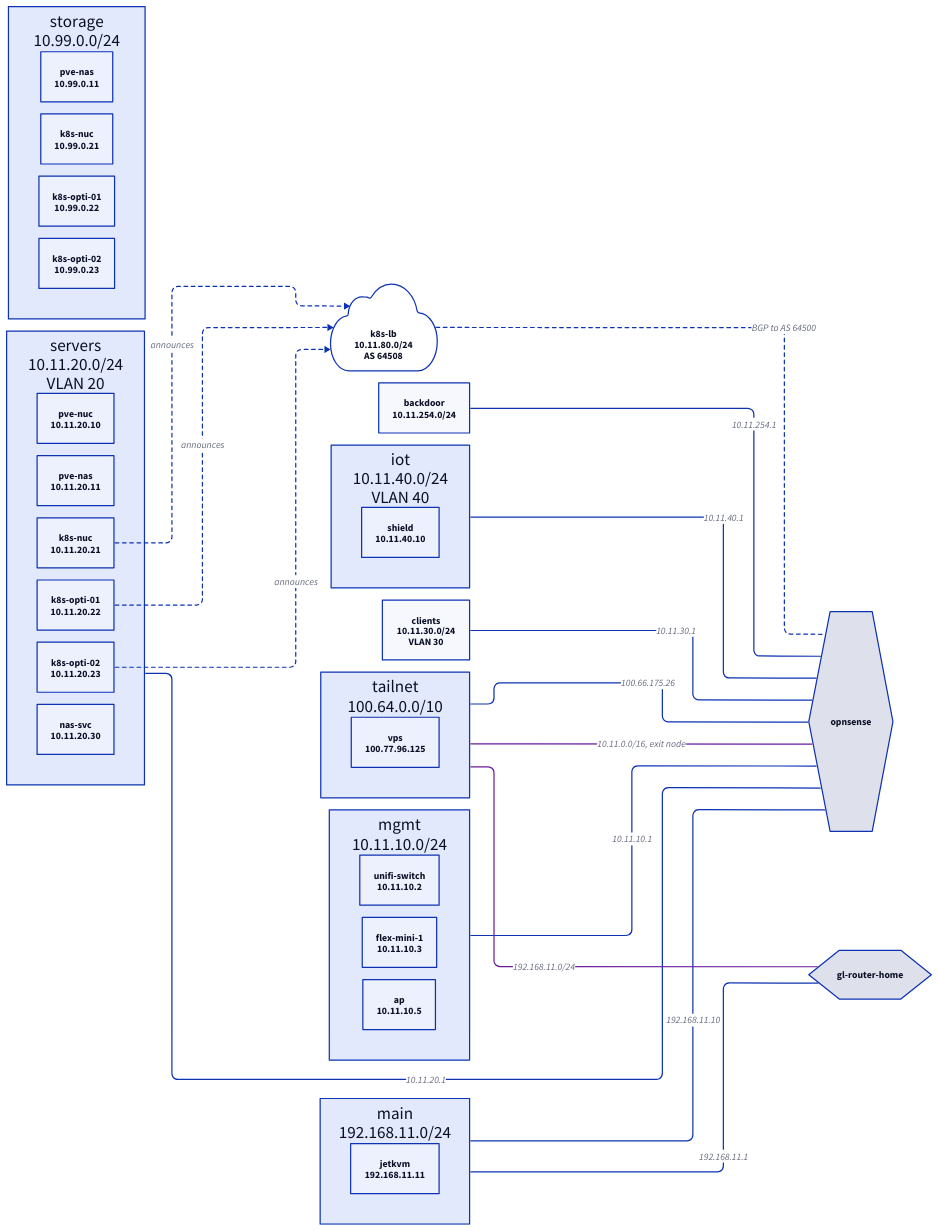
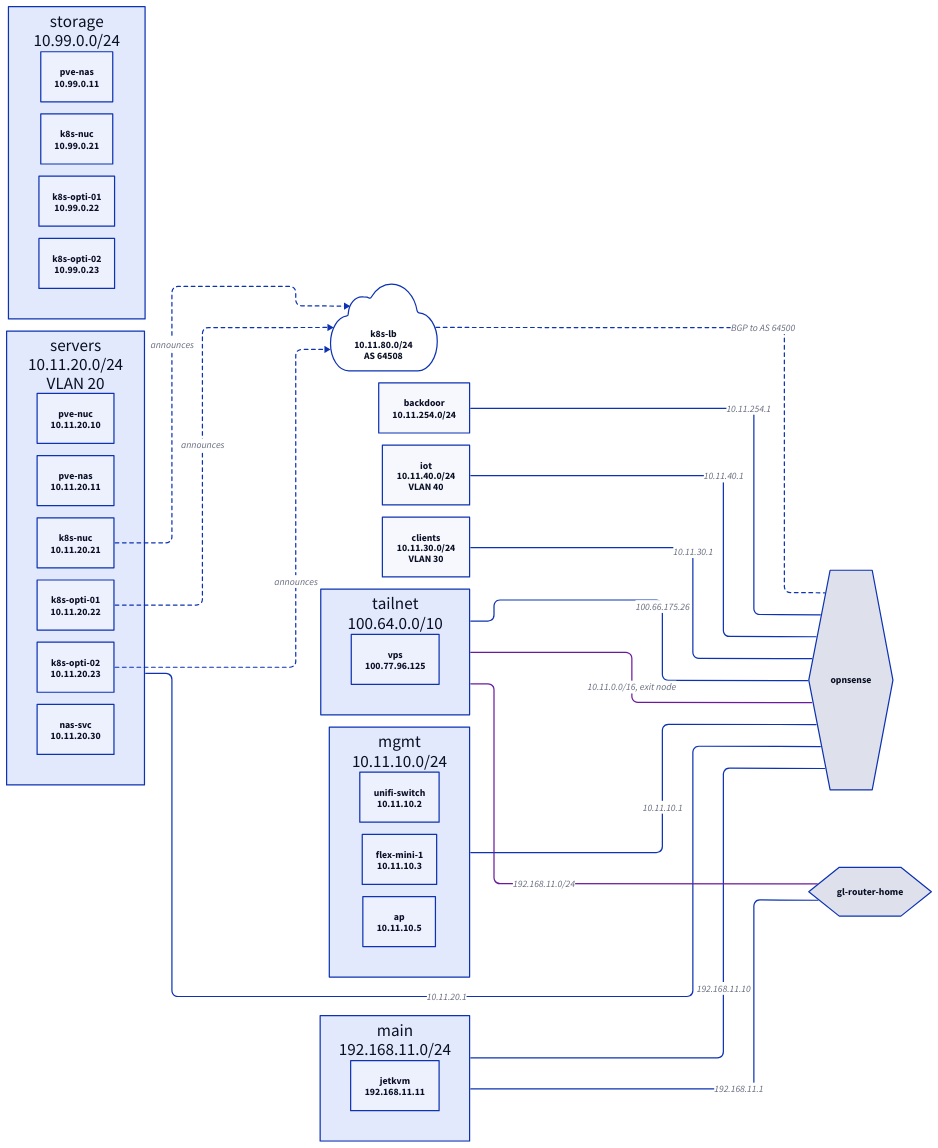
The diagram in docs/diagrams/network.d2 (subbeh/home-ops), drawn with D2 before and after one commit. The commit also changed 7 other files, not shown here.

```diff
--- a/docs/diagrams/network.d2
+++ b/docs/diagrams/network.d2
@@ -1,67 +1,66 @@
 # GENERATED by just docs; do not edit. `just docs` renders it to network.svg.
 # The Networks from network.yaml with their addresses, the routers between them, the Pools
 # and the tailnet routes. A Network with no edge to a router is unrouted.
 direction: right
 # dagre routes edges through unrelated Network containers; elk doesn't.
 vars: {d2-config: {layout-engine: elk}}
 
 "gl-router-home": {shape: hexagon}
 "opnsense": {shape: hexagon}
 
 "main": {
   label: "main\n192.168.11.0/24"
   "jetkvm": "jetkvm\n192.168.11.11"
 }
 "main" -- "gl-router-home": "192.168.11.1"
 "main" -- "opnsense": "192.168.11.10"
 "mgmt": {
   label: "mgmt\n10.11.10.0/24"
   "unifi-switch": "unifi-switch\n10.11.10.2"
   "flex-mini-1": "flex-mini-1\n10.11.10.3"
   "ap": "ap\n10.11.10.5"
 }
 "mgmt" -- "opnsense": "10.11.10.1"
 "servers": {
   label: "servers\n10.11.20.0/24\nVLAN 20"
   "pve-nuc": "pve-nuc\n10.11.20.10"
   "pve-nas": "pve-nas\n10.11.20.11"
   "k8s-nuc": "k8s-nuc\n10.11.20.21"
   "k8s-opti-01": "k8s-opti-01\n10.11.20.22"
   "k8s-opti-02": "k8s-opti-02\n10.11.20.23"
   "nas-svc": "nas-svc\n10.11.20.30"
 }
 "servers" -- "opnsense": "10.11.20.1"
 "clients": {
   label: "clients\n10.11.30.0/24\nVLAN 30"
 }
 "clients" -- "opnsense": "10.11.30.1"
 "iot": {
   label: "iot\n10.11.40.0/24\nVLAN 40"
-  "shield": "shield\n10.11.40.10"
 }
 "iot" -- "opnsense": "10.11.40.1"
 "backdoor": {
   label: "backdoor\n10.11.254.0/24"
 }
 "backdoor" -- "opnsense": "10.11.254.1"
 "storage": {
   label: "storage\n10.99.0.0/24"
   "pve-nas": "pve-nas\n10.99.0.11"
   "k8s-nuc": "k8s-nuc\n10.99.0.21"
   "k8s-opti-01": "k8s-opti-01\n10.99.0.22"
   "k8s-opti-02": "k8s-opti-02\n10.99.0.23"
 }
 "tailnet": {
   label: "tailnet\n100.64.0.0/10"
   "vps": "vps\n100.77.96.125"
 }
 "tailnet" -- "opnsense": "100.66.175.26"
 
 "k8s-lb": "k8s-lb\n10.11.80.0/24\nAS 64508" {shape: cloud}
 "k8s-lb" -- "opnsense": "BGP to AS 64500" {style.stroke-dash: 3}
 "servers"."k8s-nuc" -> "k8s-lb": announces {style.stroke-dash: 3}
 "servers"."k8s-opti-01" -> "k8s-lb": announces {style.stroke-dash: 3}
 "servers"."k8s-opti-02" -> "k8s-lb": announces {style.stroke-dash: 3}
 
 tailnet -- "opnsense": "10.11.0.0/16, exit node" {style.stroke: "#6A1B9A"}
 tailnet -- "gl-router-home": "192.168.11.0/24" {style.stroke: "#6A1B9A"}
```
